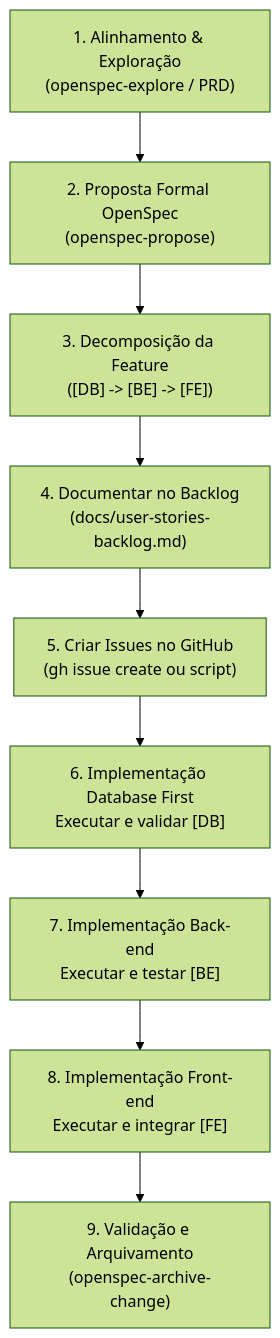
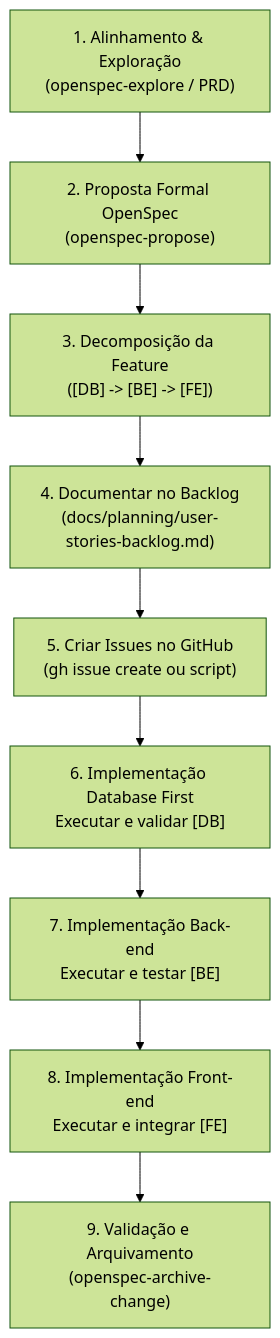
Before and after one commit to Joao-Camilo-Mallmann/site-emporio-henz: the diagram in docs/padrao-historias-tarefas.md, drawn with Mermaid (forest theme). The commit also changed other lines of this file and 14 other files, not shown here.

````diff
--- a/docs/padrao-historias-tarefas.md
+++ b/docs/padrao-historias-tarefas.md
@@ -36,11 +36,11 @@
 ```mermaid
 flowchart TD
     A["1. Alinhamento & Exploração\n(openspec-explore / PRD)"] --> B["2. Proposta Formal OpenSpec\n(openspec-propose)"]
     B --> C["3. Decomposição da Feature\n([DB] -> [BE] -> [FE])"]
-    C --> D["4. Documentar no Backlog\n(docs/user-stories-backlog.md)"]
+    C --> D["4. Documentar no Backlog\n(docs/planning/user-stories-backlog.md)"]
     D --> E["5. Criar Issues no GitHub\n(gh issue create ou script)"]
     E --> F["6. Implementação Database First\nExecutar e validar [DB]"]
     F --> G["7. Implementação Back-end\nExecutar e testar [BE]"]
     G --> H["8. Implementação Front-end\nExecutar e integrar [FE]"]
     H --> I["9. Validação e Arquivamento\n(openspec-archive-change)"]
 ```
````
